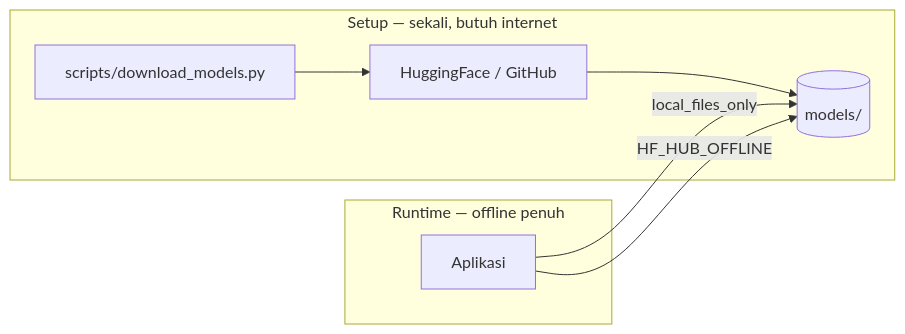
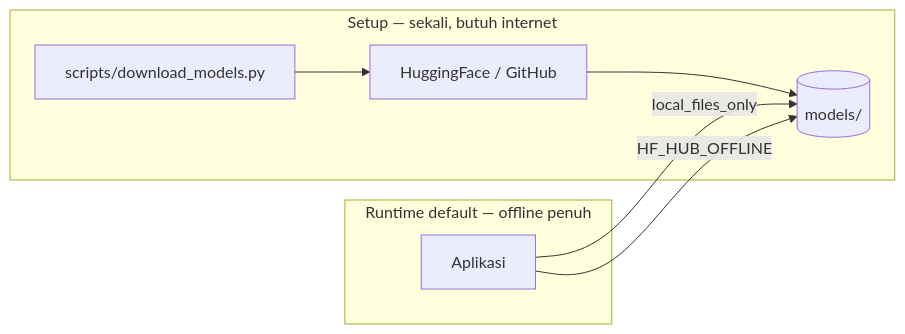
Before and after one commit to agunawijaya/PolyScribe: the tenth of 12 diagrams in docs/ARCHITECTURE.md, drawn with Mermaid. The commit also changed other lines of this file and 4 other files, not shown here.

````diff
--- a/docs/ARCHITECTURE.md
+++ b/docs/ARCHITECTURE.md
@@ -408,11 +412,11 @@
 ```mermaid
 flowchart LR
     subgraph Setup [Setup — sekali, butuh internet]
         DL[scripts/download_models.py] --> HF[HuggingFace / GitHub]
         HF --> M[(models/)]
     end
-    subgraph Runtime [Runtime — offline penuh]
+    subgraph Runtime [Runtime default — offline penuh]
         App[Aplikasi] -->|local_files_only| M
         App -->|HF_HUB_OFFLINE| M
     end
 ```
````
